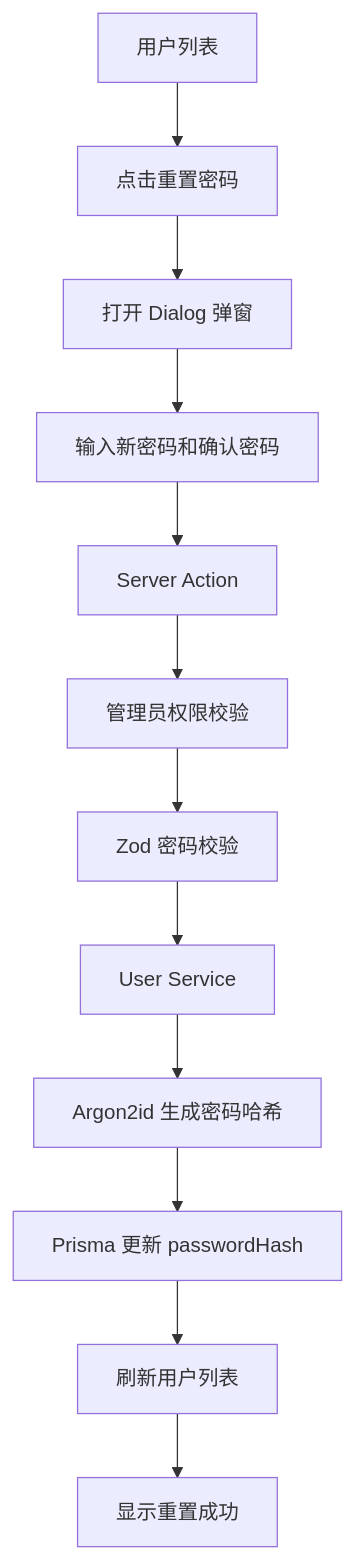
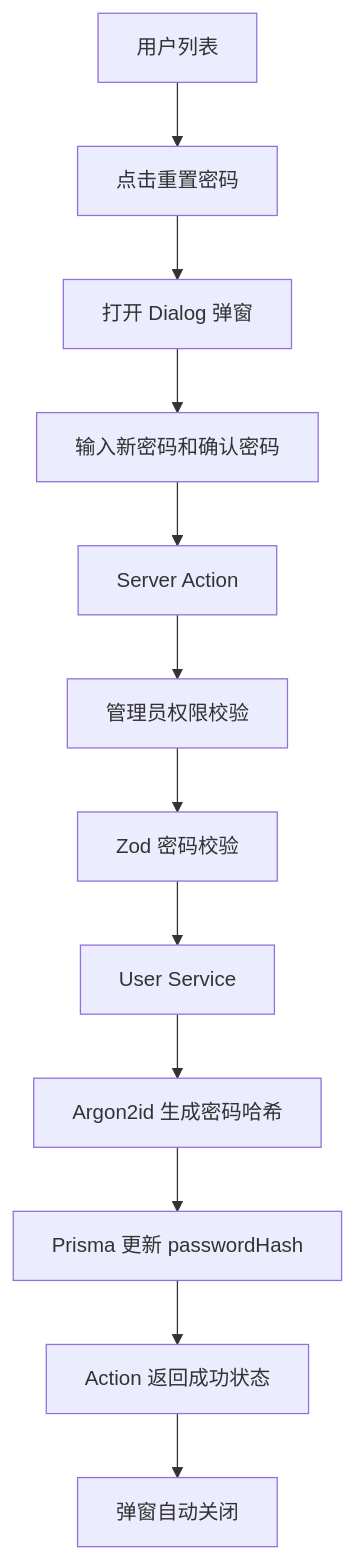
Before and after one commit to wedalowcode/english-teaching-platform: the diagram in 教程/7第七篇：实现管理员重置密码，用弹窗完成安全的密码重置.md, drawn with Mermaid. The commit also changed other lines of this file and 37 other files, not shown here.

````diff
--- a/教程/7第七篇：实现管理员重置密码，用弹窗完成安全的密码重置.md
+++ b/教程/7第七篇：实现管理员重置密码，用弹窗完成安全的密码重置.md
@@ -61,14 +61,14 @@
 ```mermaid
 flowchart TD
     A[用户列表] --> B[点击重置密码]
     B --> C[打开 Dialog 弹窗]
     C --> D[输入新密码和确认密码]
     D --> E[Server Action]
     E --> F[管理员权限校验]
     F --> G[Zod 密码校验]
     G --> H[User Service]
     H --> I[Argon2id 生成密码哈希]
     I --> J[Prisma 更新 passwordHash]
-    J --> K[刷新用户列表]
-    K --> L[显示重置成功]
+    J --> K[Action 返回成功状态]
+    K --> L[弹窗自动关闭]
 ```
````
